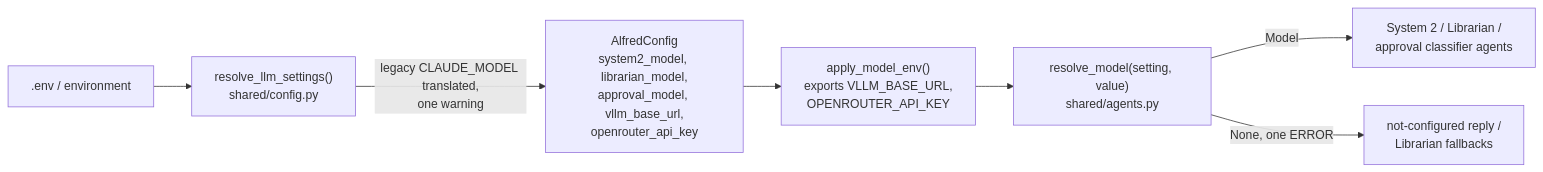
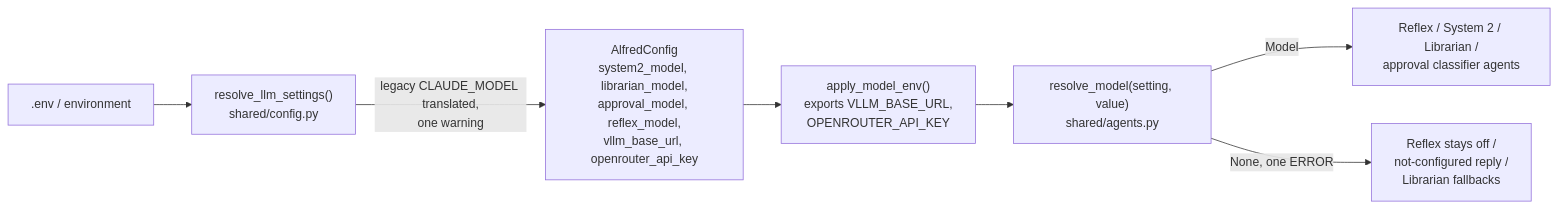
One commit to anirudhlath/alfred changed the first of 2 diagrams in docs/llm.md. Above: the diagram before and after it, drawn with Mermaid. The commit also changed other lines of this file and 82 other files, not shown here.

````diff
--- a/docs/llm.md
+++ b/docs/llm.md
@@ -26,9 +23,9 @@
 ```mermaid
 flowchart LR
     Env[".env / environment"] --> R["resolve_llm_settings()<br/>shared/config.py"]
-    R -->|legacy CLAUDE_MODEL translated,<br/>one warning| C["AlfredConfig<br/>system2_model, librarian_model,<br/>approval_model, vllm_base_url,<br/>openrouter_api_key"]
+    R -->|legacy CLAUDE_MODEL translated,<br/>one warning| C["AlfredConfig<br/>system2_model, librarian_model,<br/>approval_model, reflex_model,<br/>vllm_base_url, openrouter_api_key"]
     C --> A["apply_model_env()<br/>exports VLLM_BASE_URL,<br/>OPENROUTER_API_KEY"]
     A --> M["resolve_model(setting, value)<br/>shared/agents.py"]
-    M -->|Model| Agents["System 2 / Librarian /<br/>approval classifier agents"]
-    M -->|None, one ERROR| Fallback["not-configured reply /<br/>Librarian fallbacks"]
+    M -->|Model| Agents["Reflex / System 2 / Librarian /<br/>approval classifier agents"]
+    M -->|None, one ERROR| Fallback["Reflex stays off /<br/>not-configured reply /<br/>Librarian fallbacks"]
 ```
````
